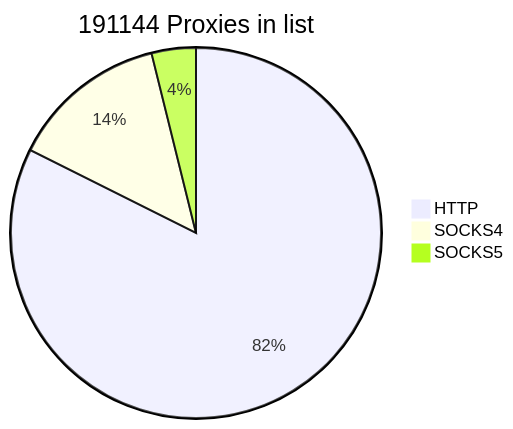
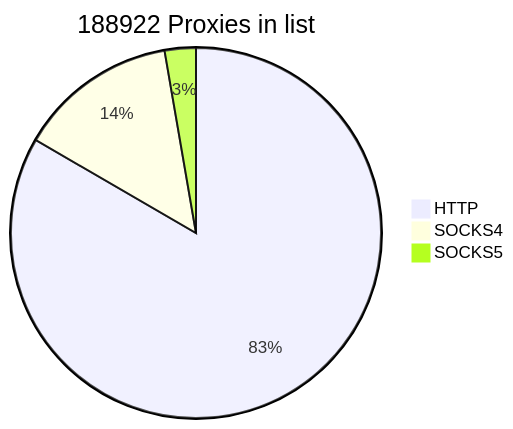
One commit to cutipu/proxylist changed the first of 2 diagrams in README.md. Above: the diagram before and after it, drawn with Mermaid. The commit also changed other lines of this file, not shown here.

````diff
--- a/README.md
+++ b/README.md
@@ -2,7 +2,7 @@
 ```mermaid
-pie title 191144 Proxies in list
-    "HTTP" : 157474
-    "SOCKS4" : 26291
-    "SOCKS5" : 7379
+pie title 188922 Proxies in list
+    "HTTP" : 157490
+    "SOCKS4" : 26292
+    "SOCKS5" : 5140
             
 ```
````
